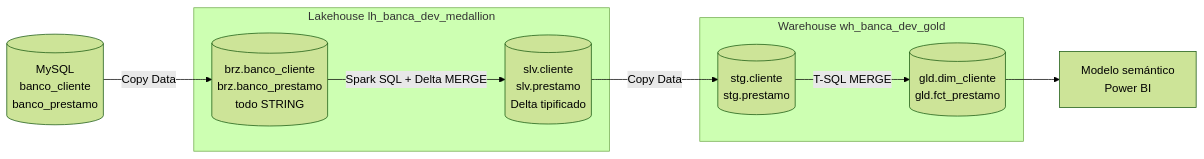
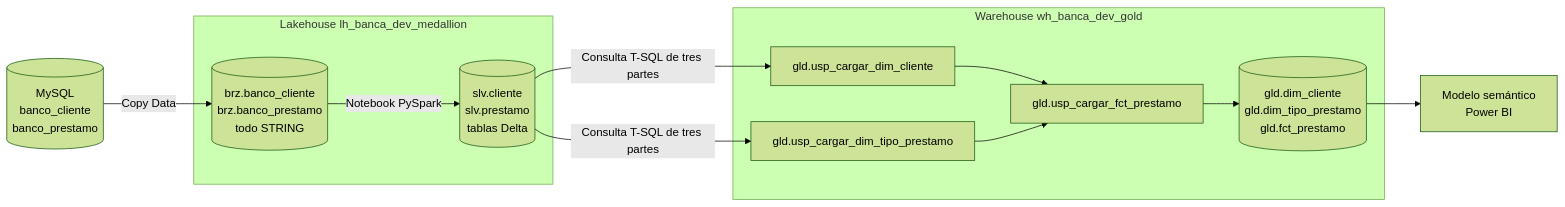
Before and after one commit to juansalinasponce/Apache-Spark-Labs: the diagram in lab08-fabric-lakehouse-landing-clientes-prestamos/README.md, drawn with Mermaid (forest theme). The commit also changed other lines of this file and 92 other files, not shown here.

````diff
--- a/lab08-fabric-lakehouse-landing-clientes-prestamos/README.md
+++ b/lab08-fabric-lakehouse-landing-clientes-prestamos/README.md
@@ -16,22 +14,26 @@
 ```mermaid
 flowchart LR
     A[(MySQL<br/>banco_cliente<br/>banco_prestamo)]
 
     subgraph LH[Lakehouse lh_banca_dev_medallion]
         B[(brz.banco_cliente<br/>brz.banco_prestamo<br/>todo STRING)]
-        C[(slv.cliente<br/>slv.prestamo<br/>Delta tipificado)]
+        C[(slv.cliente<br/>slv.prestamo<br/>tablas Delta)]
     end
 
     subgraph WH[Warehouse wh_banca_dev_gold]
-        D[(stg.cliente<br/>stg.prestamo)]
-        E[(gld.dim_cliente<br/>gld.fct_prestamo)]
+        D[gld.usp_cargar_dim_cliente]
+        E[gld.usp_cargar_dim_tipo_prestamo]
+        F[gld.usp_cargar_fct_prestamo]
+        G[(gld.dim_cliente<br/>gld.dim_tipo_prestamo<br/>gld.fct_prestamo)]
     end
 
-    F[Modelo semántico<br/>Power BI]
+    H[Modelo semántico<br/>Power BI]
 
     A -->|Copy Data| B
-    B -->|Spark SQL + Delta MERGE| C
-    C -->|Copy Data| D
-    D -->|T-SQL MERGE| E
+    B -->|Notebook PySpark| C
+    C -->|Consulta T-SQL de tres partes| D
+    C -->|Consulta T-SQL de tres partes| E
+    D --> F
     E --> F
+    F --> G --> H
 ```
````
